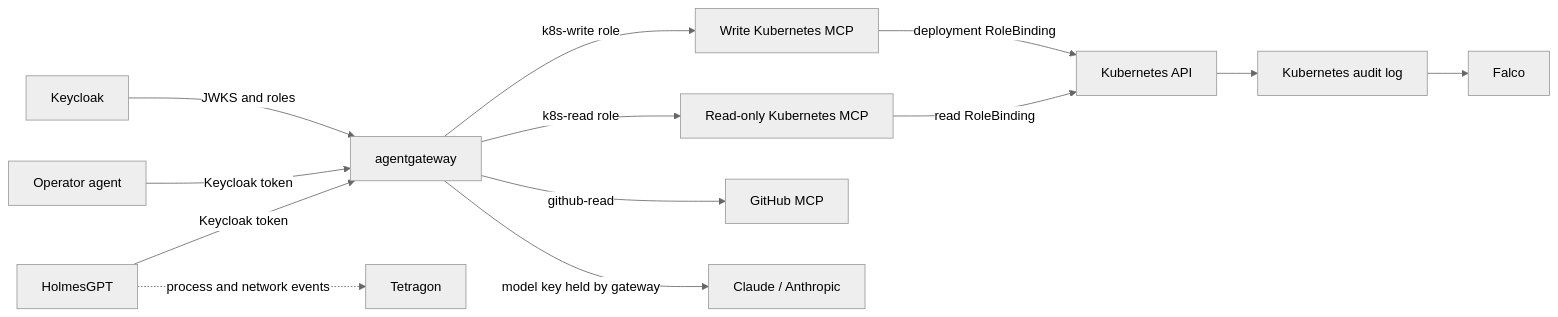
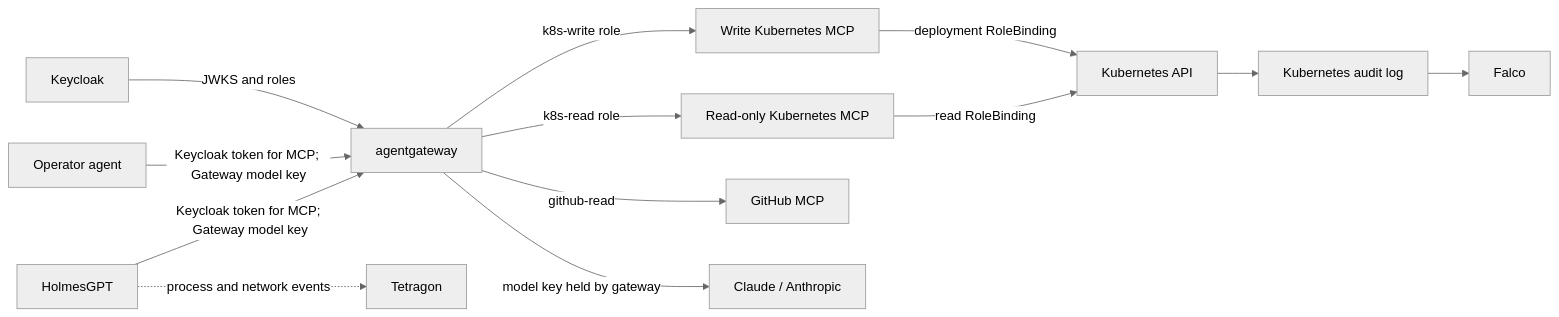
The diagram in README.md (fsclyde/kubernetes-sre-security-lab), drawn with Mermaid (neutral theme) before and after one commit. The commit also changed other lines of this file, not shown here.

Commit message:
Wire Holmes and operator requests through agentgateway

````diff
--- a/README.md
+++ b/README.md
@@ -23,15 +24,15 @@
 ```mermaid
 flowchart LR
-    H[HolmesGPT] -->|Keycloak token| G[agentgateway]
-    O[Operator agent] -->|Keycloak token| G
+    H[HolmesGPT] -->|Keycloak token for MCP; Gateway model key| G[agentgateway]
+    O[Operator agent] -->|Keycloak token for MCP; Gateway model key| G
     K[Keycloak] -->|JWKS and roles| G
     G -->|k8s-read role| R[Read-only Kubernetes MCP]
     G -->|k8s-write role| W[Write Kubernetes MCP]
     G -->|github-read| GH[GitHub MCP]
     G -->|model key held by gateway| L[Claude / Anthropic]
     R -->|read RoleBinding| API[Kubernetes API]
     W -->|deployment RoleBinding| API
     API --> AUD[Kubernetes audit log]
     AUD --> F[Falco]
     H -. process and network events .-> T[Tetragon]
 ```
````
